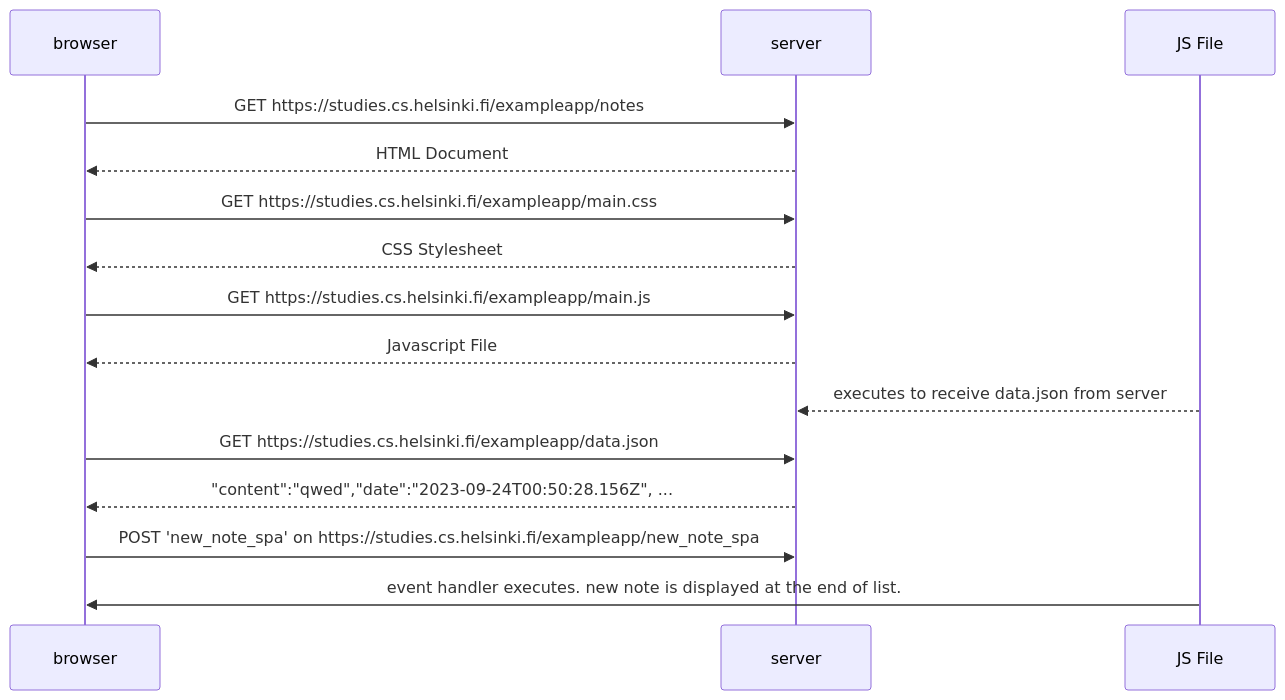
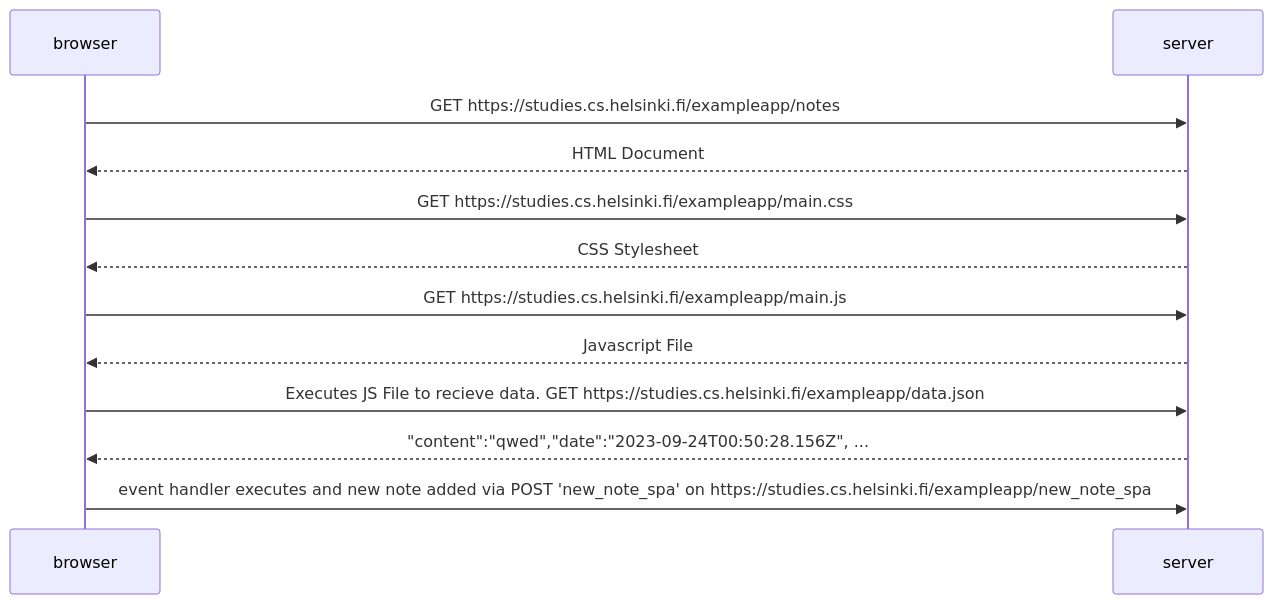
One commit to adrian-qorbani/fullstackopen changed the diagram in part0/0-5.md. Above: the diagram before and after it, drawn with Mermaid.

Commit message:
exercise 0-5 finalized

````diff
--- a/part0/0-5.md
+++ b/part0/0-5.md
@@ -4,14 +4,12 @@
 ```mermaid
 sequenceDiagram;
   browser->>server: GET https://studies.cs.helsinki.fi/exampleapp/notes
   server-->>browser: HTML Document
   browser->>server: GET https://studies.cs.helsinki.fi/exampleapp/main.css
   server-->>browser: CSS Stylesheet
   browser->>server: GET https://studies.cs.helsinki.fi/exampleapp/main.js
   server-->>browser: Javascript File
-  JS File-->>server: executes to receive data.json from server
-  browser->>server: GET https://studies.cs.helsinki.fi/exampleapp/data.json
+  browser->>server: Executes JS File to recieve data. GET https://studies.cs.helsinki.fi/exampleapp/data.json
   server-->>browser: "content":"qwed","date":"2023-09-24T00:50:28.156Z", ...
-  browser->>server: POST 'new_note_spa' on https://studies.cs.helsinki.fi/exampleapp/new_note_spa
-  JS File->>browser: event handler executes. new note is displayed at the end of list.
+  browser->>server: event handler executes and new note added via POST 'new_note_spa' on https://studies.cs.helsinki.fi/exampleapp/new_note_spa
 ```
````
